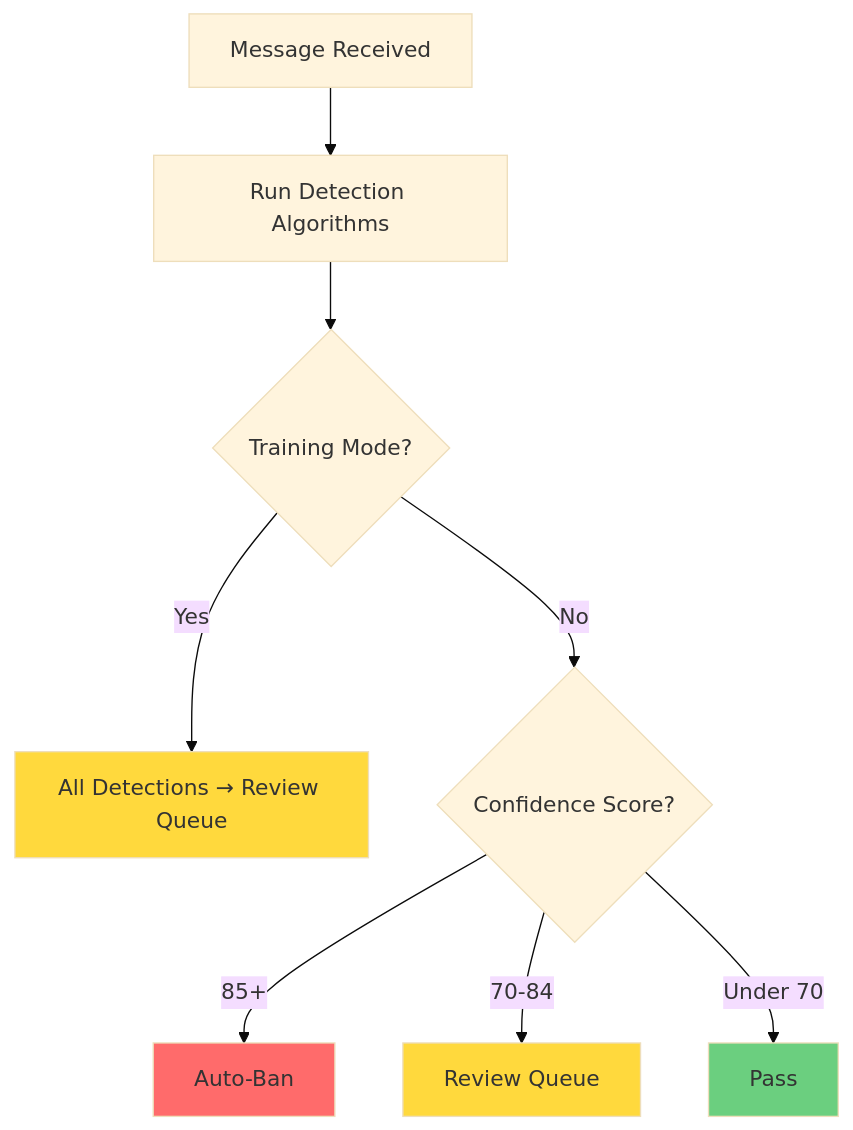
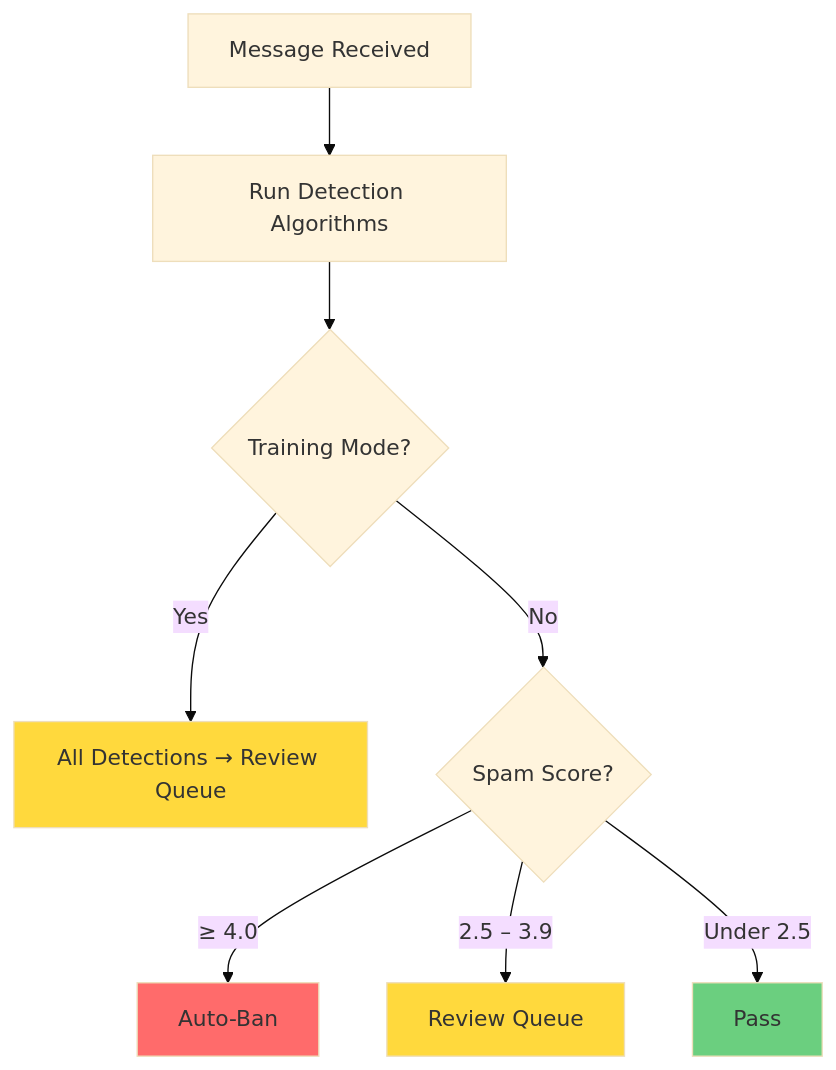
The first of 2 diagrams in TelegramGroupsAdmin/Docs/getting-started/02-first-configuration.md (musicislife08/TelegramGroupsAdmin), drawn with Mermaid (base theme) before and after one commit. The commit also changed other lines of this file and 21 other files, not shown here.

````diff
--- a/TelegramGroupsAdmin/Docs/getting-started/02-first-configuration.md
+++ b/TelegramGroupsAdmin/Docs/getting-started/02-first-configuration.md
@@ -43,15 +41,15 @@
 ```mermaid
 flowchart TD
     A[Message Received] --> B[Run Detection Algorithms]
     B --> C{Training Mode?}
     C -->|Yes| D[All Detections → Review Queue]
-    C -->|No| E{Confidence Score?}
-    E -->|85+| F[Auto-Ban]
-    E -->|70-84| G[Review Queue]
-    E -->|Under 70| H[Pass]
+    C -->|No| E{Spam Score?}
+    E -->|≥ 4.0| F[Auto-Ban]
+    E -->|2.5 – 3.9| G[Review Queue]
+    E -->|Under 2.5| H[Pass]
 
     style D fill:#ffd93d
     style F fill:#ff6b6b
     style G fill:#ffd93d
     style H fill:#6bcf7f
 ```
````
